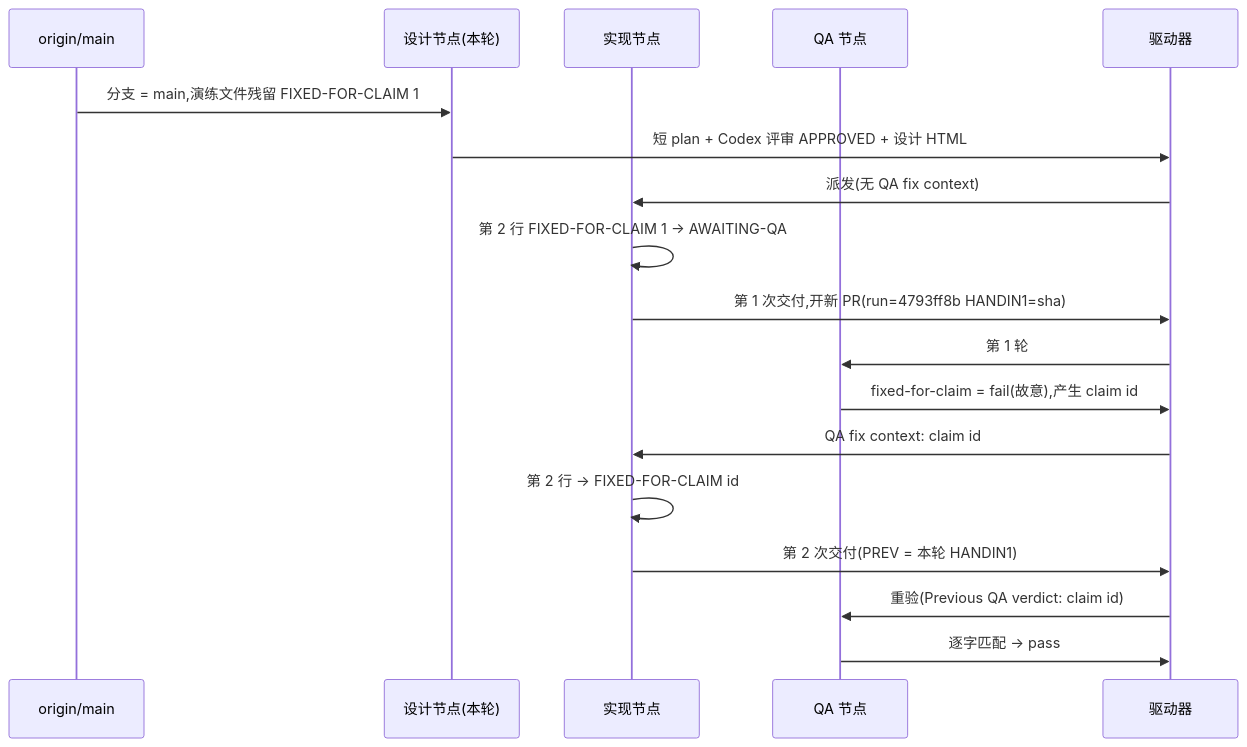
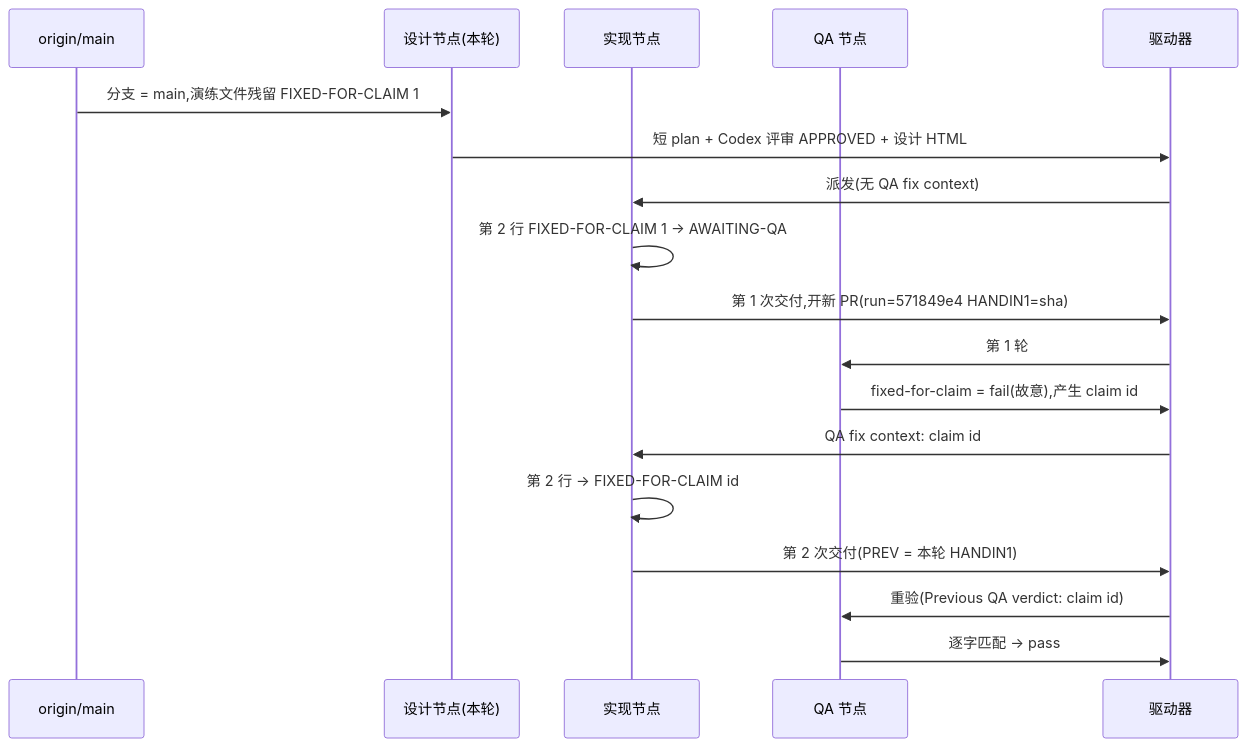
One commit to xrliAnnie/flywheel-qa-sandbox changed the diagram in engineering/doc/FLY-3150-real-runner-drill/d1-core-flow.mmd. Above: the diagram before and after it, drawn with Mermaid. The commit also changed 5 other files, not shown here.

```diff
--- a/engineering/doc/FLY-3150-real-runner-drill/d1-core-flow.mmd
+++ b/engineering/doc/FLY-3150-real-runner-drill/d1-core-flow.mmd
@@ -1,18 +1,18 @@
 sequenceDiagram
     participant M as origin/main
     participant S as 设计节点(本轮)
     participant I as 实现节点
     participant Q as QA 节点
     participant D as 驱动器
     M->>S: 分支 = main,演练文件残留 FIXED-FOR-CLAIM 1
     S->>D: 短 plan + Codex 评审 APPROVED + 设计 HTML
     D->>I: 派发(无 QA fix context)
     I->>I: 第 2 行 FIXED-FOR-CLAIM 1 → AWAITING-QA
-    I->>D: 第 1 次交付,开新 PR(run=4793ff8b HANDIN1=sha)
+    I->>D: 第 1 次交付,开新 PR(run=571849e4 HANDIN1=sha)
     D->>Q: 第 1 轮
     Q->>D: fixed-for-claim = fail(故意),产生 claim id
     D->>I: QA fix context: claim id
     I->>I: 第 2 行 → FIXED-FOR-CLAIM id
     I->>D: 第 2 次交付(PREV = 本轮 HANDIN1)
     D->>Q: 重验(Previous QA verdict: claim id)
     Q->>D: 逐字匹配 → pass
```
